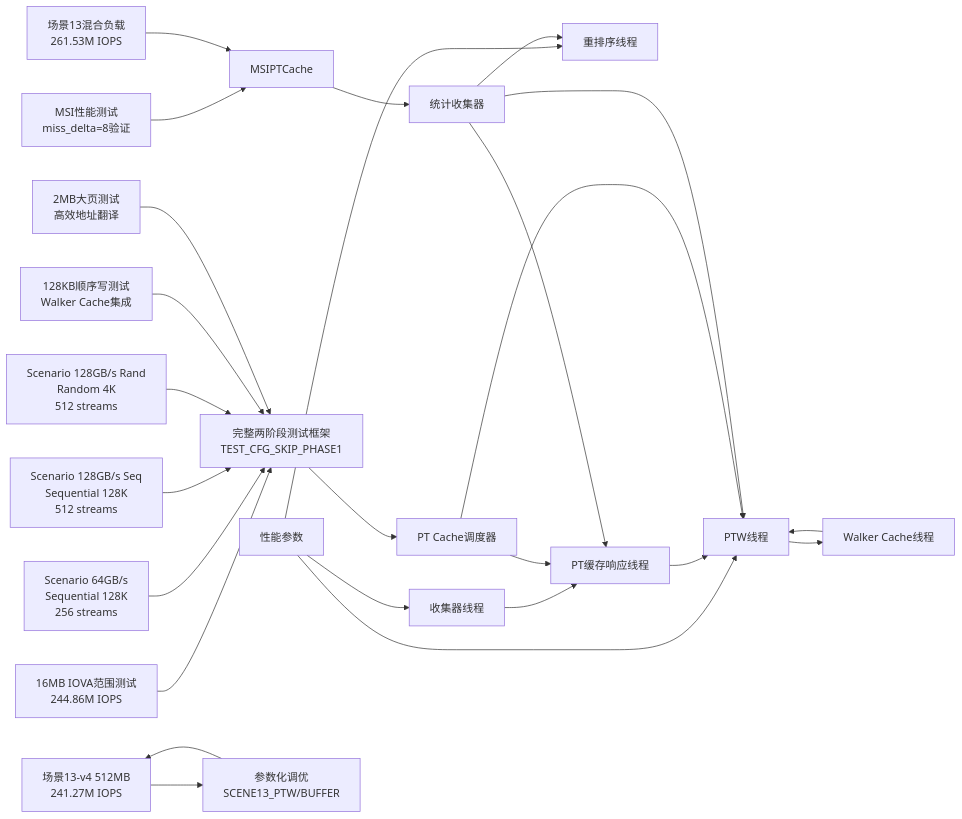
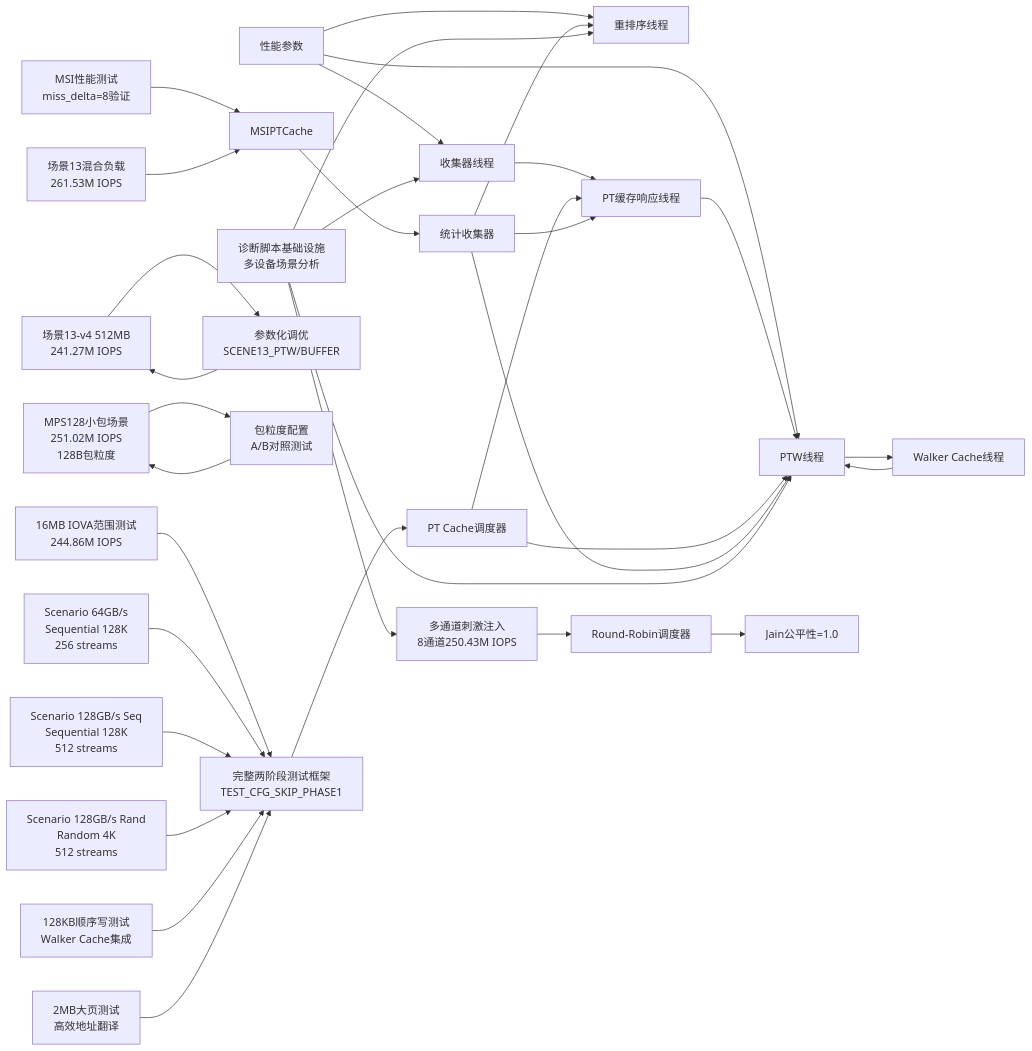
Diagram 25 of 25 in .qoder/repowiki/zh/content/测试与验证/性能测试/性能测试.md (jiangjiang1122/iommu_model_20260401_v1), drawn with Mermaid before and after one commit. The commit also changed other lines of this file and 55 other files, not shown here.

````diff
--- a/.qoder/repowiki/zh/content/测试与验证/性能测试/性能测试.md
+++ b/.qoder/repowiki/zh/content/测试与验证/性能测试/性能测试.md
@@ -1208,27 +1671,35 @@
 ```mermaid
 graph LR
 Params["性能参数"] --> Collector["收集器线程"]
 Params --> PTW["PTW线程"]
 Params --> Reorder["重排序线程"]
 Collector --> PTResponse["PT缓存响应线程"]
 PTResponse --> PTW
 PTW --> WalkerCache["Walker Cache线程"]
 WalkerCache --> PTW
 Scheduler["PT Cache调度器"] --> PTResponse
 Scheduler --> PTW
 Stats["统计收集器"] --> PTResponse
 Stats --> PTW
 Stats --> Reorder
 TestFramework["完整两阶段测试框架<br/>TEST_CFG_SKIP_PHASE1"] --> Scheduler
 Scenario16MB["16MB IOVA范围测试<br/>244.86M IOPS"] --> TestFramework
 Scenario64["Scenario 64GB/s<br/>Sequential 128K<br/>256 streams"] --> TestFramework
 Scenario128Seq["Scenario 128GB/s Seq<br/>Sequential 128K<br/>512 streams"] --> TestFramework
 Scenario128Rand["Scenario 128GB/s Rand<br/>Random 4K<br/>512 streams"] --> TestFramework
 WriteTest["128KB顺序写测试<br/>Walker Cache集成"] --> TestFramework
 HugePageTest["2MB大页测试<br/>高效地址翻译"] --> TestFramework
 MSITest["MSI性能测试<br/>miss_delta=8验证"] --> MSIPTCache
 Scene13["场景13混合负载<br/>261.53M IOPS"] --> MSIPTCache
 Scene13v4["场景13-v4 512MB<br/>241.27M IOPS"] --> ParameterizedTuning
 ParameterizedTuning["参数化调优<br/>SCENE13_PTW/BUFFER"] --> Scene13v4
+MultiChan["多通道刺激注入<br/>8通道250.43M IOPS"] --> RoundRobin["Round-Robin调度器"]
+RoundRobin --> Fairness["Jain公平性=1.0"]
+MPS128["MPS128小包场景<br/>251.02M IOPS<br/>128B包粒度"] --> PacketGranularity["包粒度配置<br/>A/B对照测试"]
+PacketGranularity --> MPS128
 MSIPTCache --> Stats
+DiagTools["诊断脚本基础设施<br/>多设备场景分析"] --> MultiChan
+DiagTools --> Collector
+DiagTools --> PTW
+DiagTools --> Reorder
 ```
````
